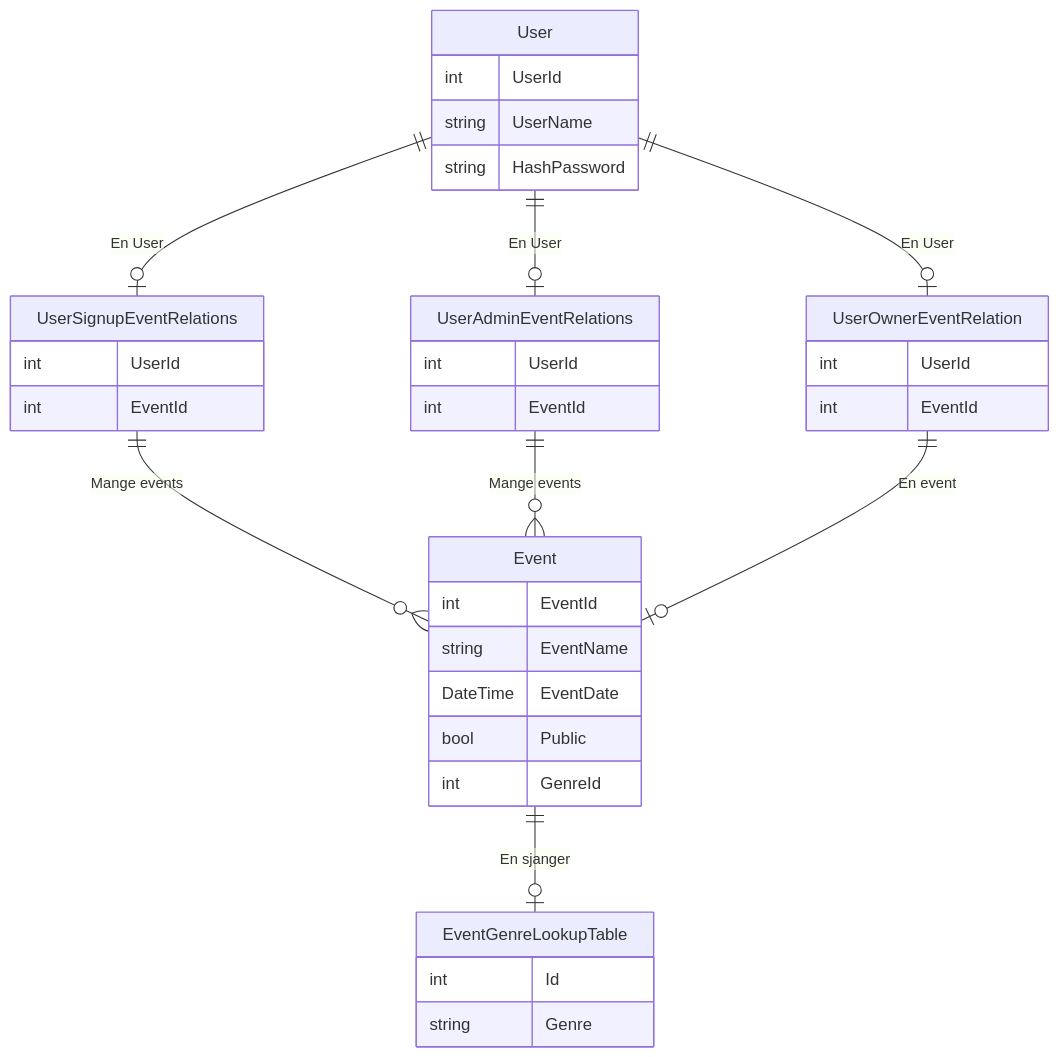
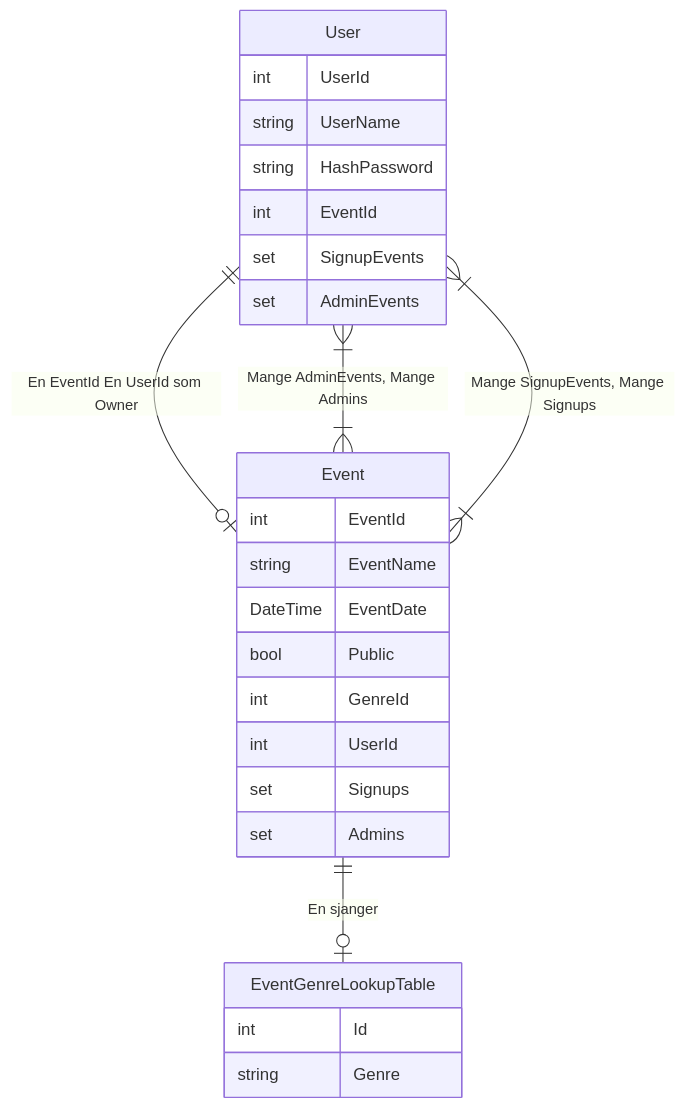
The ninth of 9 diagrams in design_document.md (JohnB08/Event_Signup_MVC), drawn with Mermaid before and after one commit. The commit also changed 18 other files, not shown here.

````diff
--- a/design_document.md
+++ b/design_document.md
@@ -271,38 +271,29 @@
 ```mermaid
 erDiagram
     User {
         int UserId
         string UserName
         string HashPassword
+        int EventId
+        set SignupEvents
+        set AdminEvents
     }
     Event {
         int EventId
         string EventName
         DateTime EventDate
         bool Public
         int GenreId
-    }
-    UserSignupEventRelations{
         int UserId
-        int EventId
-    }
-    UserAdminEventRelations{
-        int UserId
-        int EventId
-    }
-    UserOwnerEventRelation{
-        int UserId
-        int EventId
+        set Signups
+        set Admins
     }
     EventGenreLookupTable{
         int Id
         string Genre
     }
-    User ||--o| UserSignupEventRelations: "En User"
-    UserSignupEventRelations ||--o{ Event: "Mange events"
-    User ||--o| UserAdminEventRelations: "En User"
-    UserAdminEventRelations ||--o{ Event: "Mange events"
-    User ||--o| UserOwnerEventRelation: "En User"
-    UserOwnerEventRelation ||--o| Event: "En event"
+    User ||--o| Event: "En EventId En UserId som Owner"
+    User }|--|{ Event: "Mange AdminEvents, Mange Admins"
+    User }|--|{ Event: "Mange SignupEvents, Mange Signups"
     Event ||--o| EventGenreLookupTable: "En sjanger"
 ```
````
